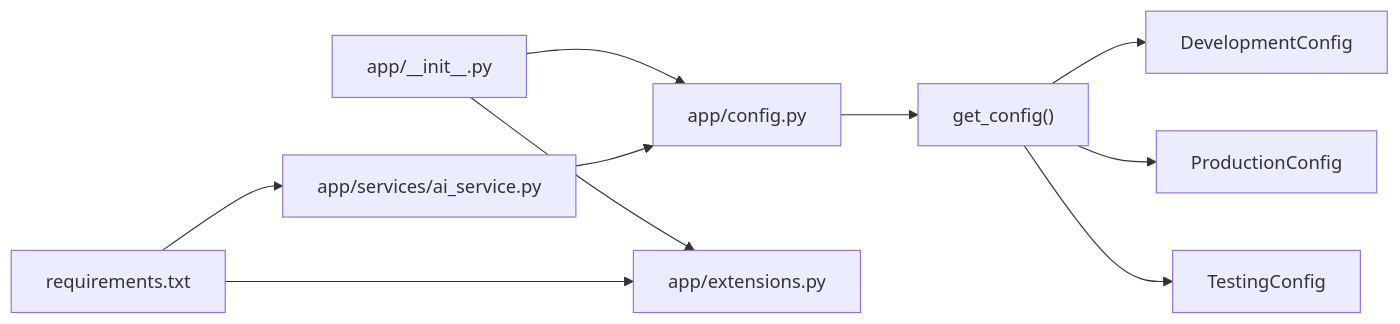
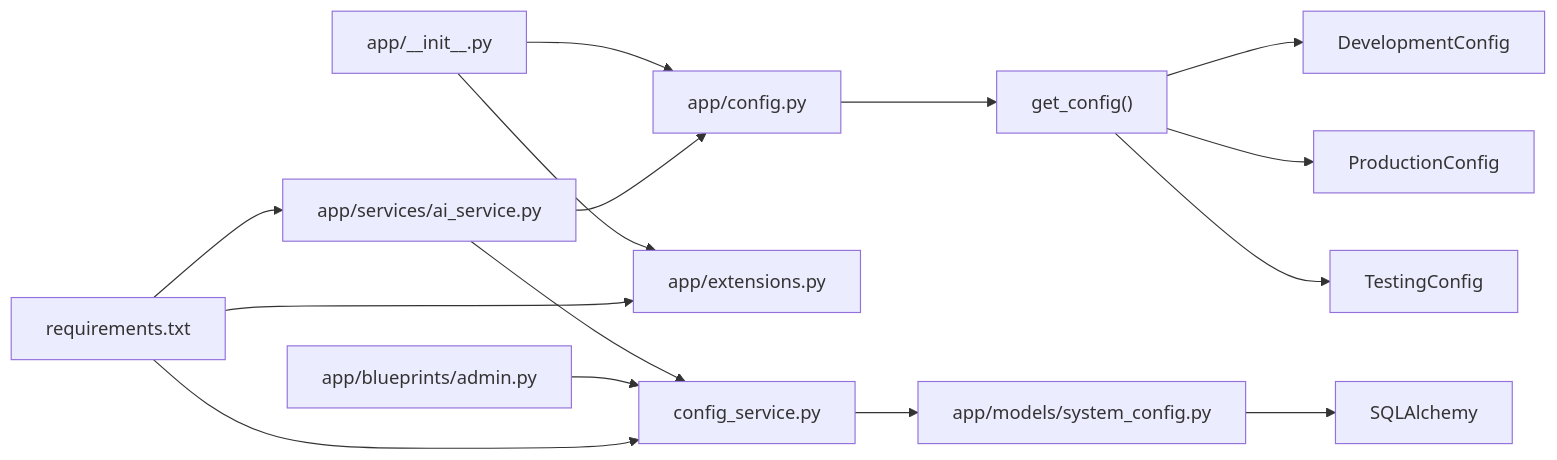
The fourth of 4 diagrams in .qoder/repowiki/zh/content/配置管理/配置管理.md (beyondalbert/my_wiki), drawn with Mermaid before and after one commit. The commit also changed other lines of this file and 5 other files, not shown here.

````diff
--- a/.qoder/repowiki/zh/content/配置管理/配置管理.md
+++ b/.qoder/repowiki/zh/content/配置管理/配置管理.md
@@ -237,12 +313,17 @@
 ```mermaid
 graph LR
 CFG["app/config.py"] --> GETCFG["get_config()"]
 GETCFG --> DEV["DevelopmentConfig"]
 GETCFG --> PROD["ProductionConfig"]
 GETCFG --> TEST["TestingConfig"]
 INIT["app/__init__.py"] --> CFG
 INIT --> EXT["app/extensions.py"]
 AIS["app/services/ai_service.py"] --> CFG
+AIS --> CS["config_service.py"]
+SYS["app/models/system_config.py"] --> DB["SQLAlchemy"]
+CS --> SYS
+ADMIN["app/blueprints/admin.py"] --> CS
 REQ["requirements.txt"] --> AIS
 REQ --> EXT
+REQ --> CS
 ```
````
